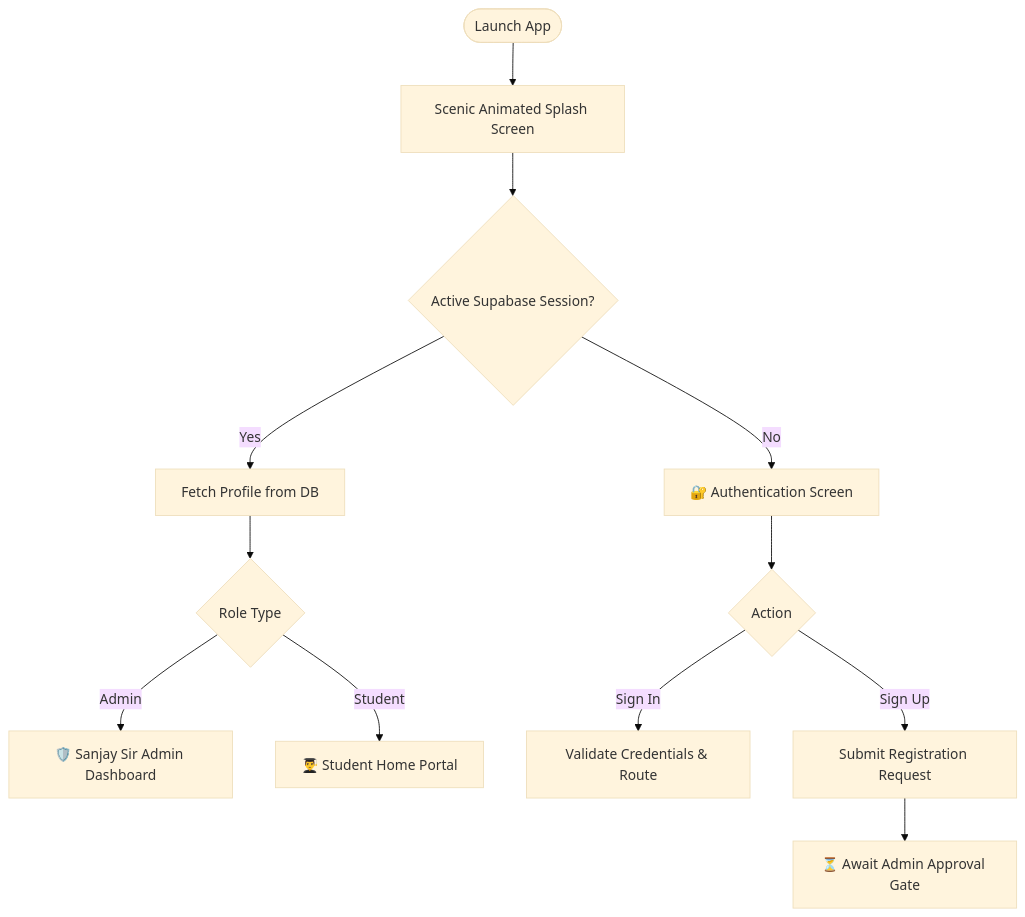
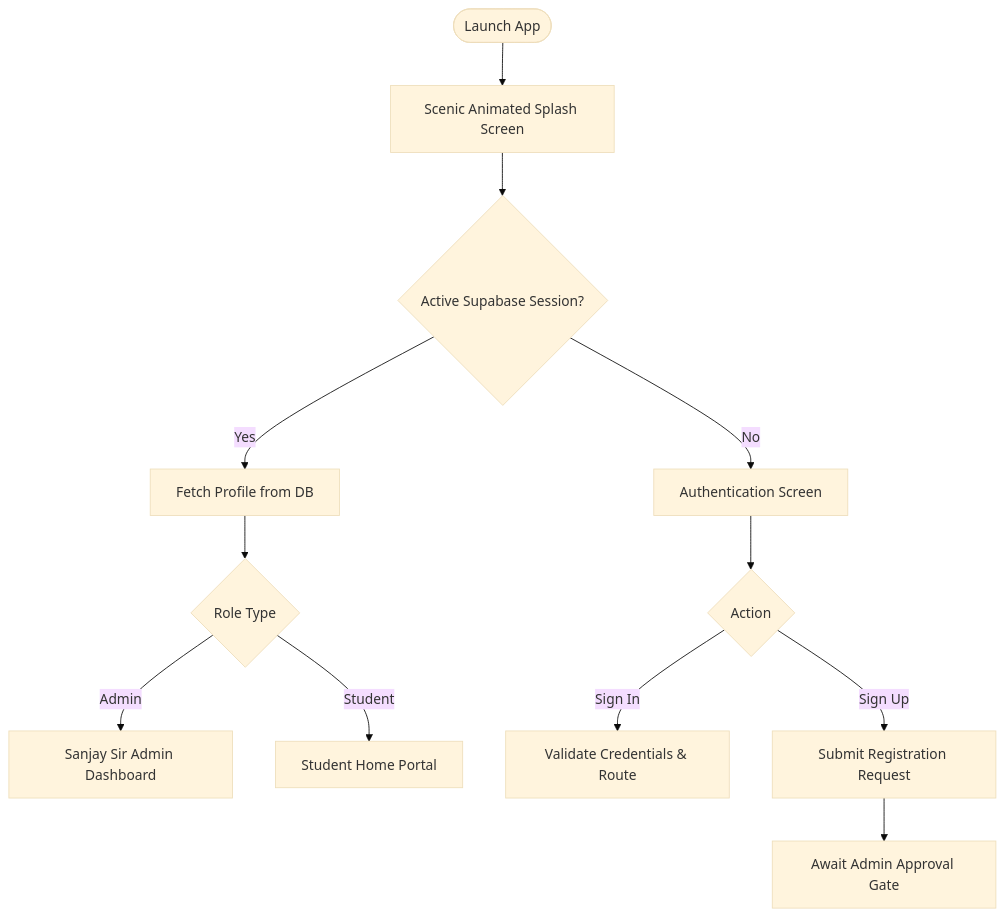
Before and after one commit to devdantic/Darvesh-Classes: the third of 4 diagrams in README.md, drawn with Mermaid (base theme). The commit also changed other lines of this file, not shown here.

````diff
--- a/README.md
+++ b/README.md
@@ -120,16 +120,16 @@
 ```mermaid
 flowchart TD
-    Start([Launch App]) --> Splash[Scenic Animated Splash Screen]
-    Splash --> CheckSession{Active Supabase Session?}
+    Start(["Launch App"]) --> Splash["Scenic Animated Splash Screen"]
+    Splash --> CheckSession{"Active Supabase Session?"}
     
-    CheckSession -- Yes --> FetchProfile[Fetch Profile from DB]
-    FetchProfile --> CheckRole{Role Type}
-    CheckRole -- Admin --> AdminDash[🛡️ Sanjay Sir Admin Dashboard]
-    CheckRole -- Student --> StudentDash[👨‍🎓 Student Home Portal]
+    CheckSession -- "Yes" --> FetchProfile["Fetch Profile from DB"]
+    FetchProfile --> CheckRole{"Role Type"}
+    CheckRole -- "Admin" --> AdminDash["Sanjay Sir Admin Dashboard"]
+    CheckRole -- "Student" --> StudentDash["Student Home Portal"]
 
-    CheckSession -- No --> AuthPage[🔐 Authentication Screen]
-    AuthPage --> LoginChoice{Action}
-    LoginChoice -- Sign In --> Validate[Validate Credentials & Route]
-    LoginChoice -- Sign Up --> Register[Submit Registration Request]
-    Register --> Pending[⏳ Await Admin Approval Gate]
+    CheckSession -- "No" --> AuthPage["Authentication Screen"]
+    AuthPage --> LoginChoice{"Action"}
+    LoginChoice -- "Sign In" --> Validate["Validate Credentials & Route"]
+    LoginChoice -- "Sign Up" --> Register["Submit Registration Request"]
+    Register --> Pending["Await Admin Approval Gate"]
 ```
````
